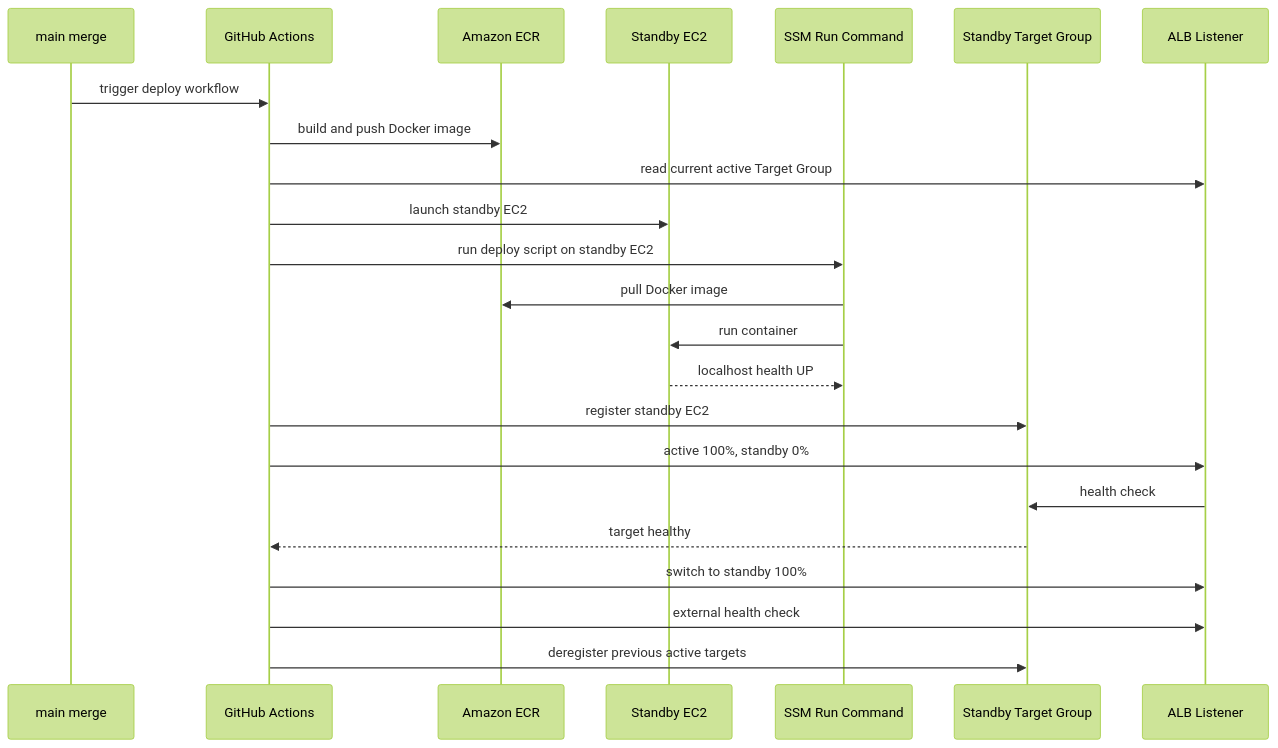
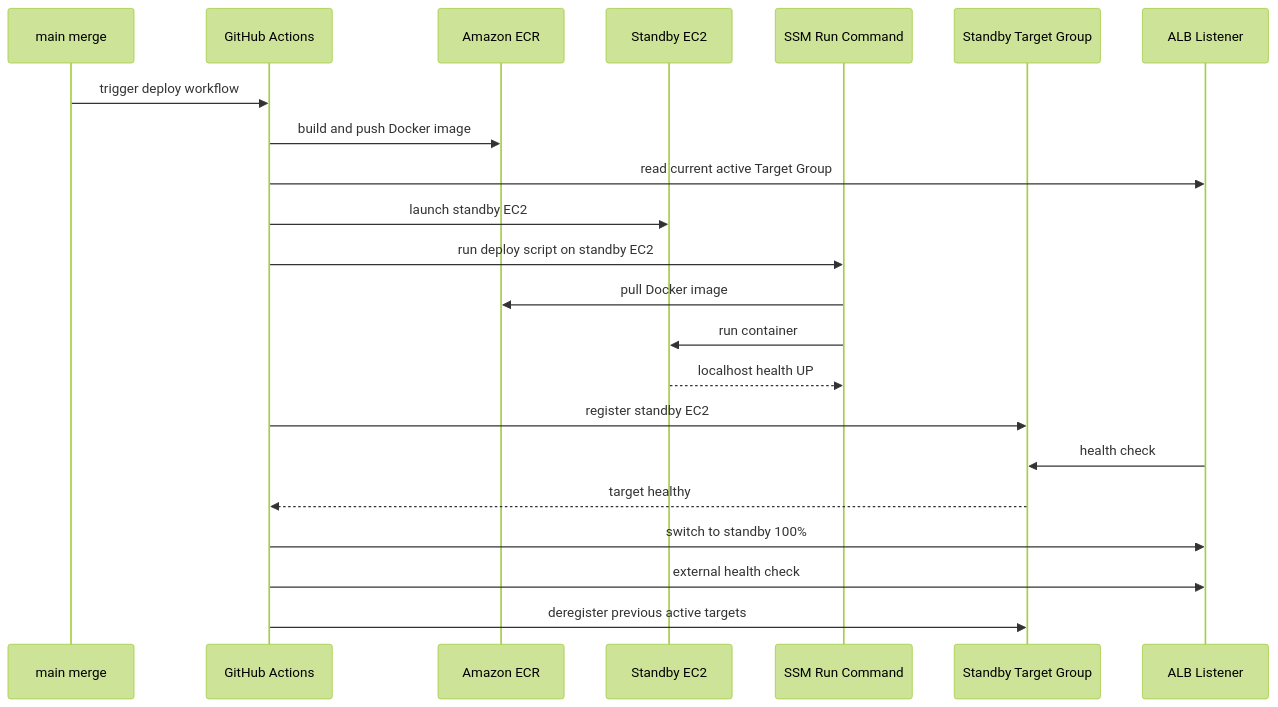
One commit to sungjiRyu/jobradar changed the diagram in README.md. Above: the diagram before and after it, drawn with Mermaid (forest theme).

````diff
--- a/README.md
+++ b/README.md
@@ -540,26 +540,25 @@
 ```mermaid
 sequenceDiagram
     participant Dev as main merge
     participant GHA as GitHub Actions
     participant ECR as Amazon ECR
     participant EC2 as Standby EC2
     participant SSM as SSM Run Command
     participant TG as Standby Target Group
     participant ALB as ALB Listener
 
     Dev->>GHA: trigger deploy workflow
     GHA->>ECR: build and push Docker image
     GHA->>ALB: read current active Target Group
     GHA->>EC2: launch standby EC2
     GHA->>SSM: run deploy script on standby EC2
     SSM->>ECR: pull Docker image
     SSM->>EC2: run container
     EC2-->>SSM: localhost health UP
     GHA->>TG: register standby EC2
-    GHA->>ALB: active 100%, standby 0%
     ALB->>TG: health check
     TG-->>GHA: target healthy
     GHA->>ALB: switch to standby 100%
     GHA->>ALB: external health check
     GHA->>TG: deregister previous active targets
 ```
````
